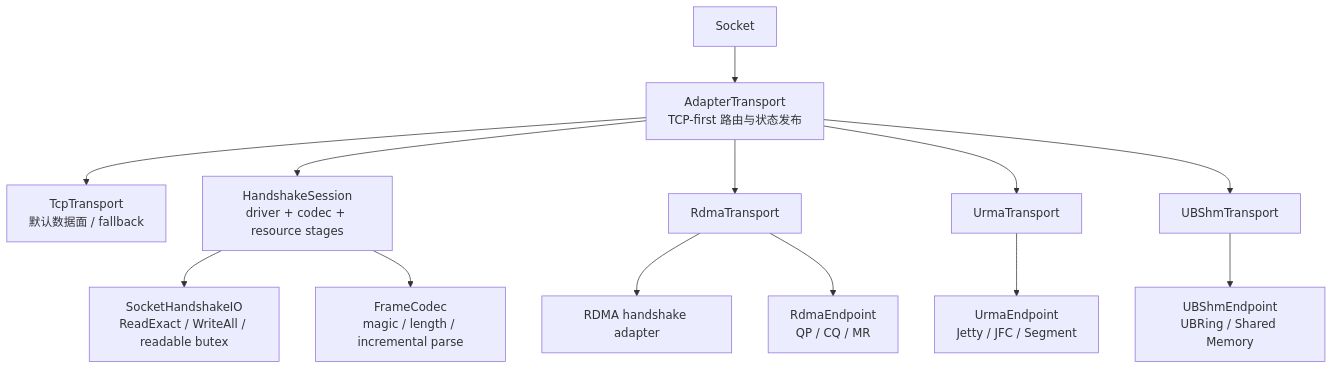
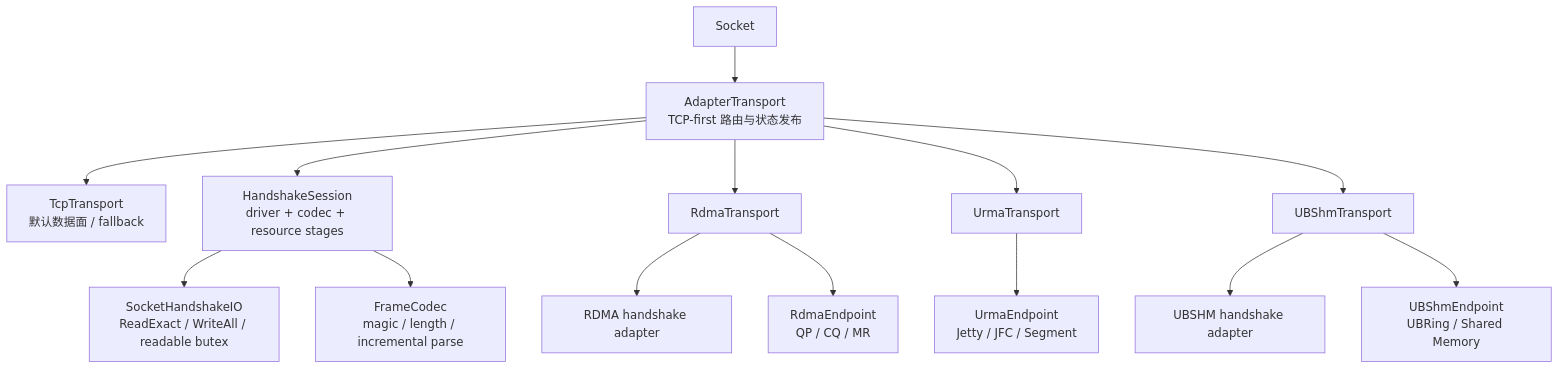
One commit to LinQuickDev/brpc changed the first of 5 diagrams in docs/cn/handshake_common_design.md. Above: the diagram before and after it, drawn with Mermaid. The commit also changed other lines of this file and 19 other files, not shown here.

Commit message:
Move UBSHM handshake into common adapter

````diff
--- a/docs/cn/handshake_common_design.md
+++ b/docs/cn/handshake_common_design.md
@@ -134,15 +135,16 @@
 ```mermaid
 flowchart TB
     S["Socket"] --> UT["AdapterTransport\nTCP-first 路由与状态发布"]
     UT --> TCP["TcpTransport\n默认数据面 / fallback"]
     UT --> HS["HandshakeSession\ndriver + codec + resource stages"]
     HS --> IO["SocketHandshakeIO\nReadExact / WriteAll / readable butex"]
     HS --> FC["FrameCodec\nmagic / length / incremental parse"]
     UT --> RT["RdmaTransport"]
     UT --> UTRA["UrmaTransport"]
     UT --> BT["UBShmTransport"]
     RT --> RA["RDMA handshake adapter"]
+    BT --> BA["UBSHM handshake adapter"]
     RT --> RE["RdmaEndpoint\nQP / CQ / MR"]
     UTRA --> UE["UrmaEndpoint\nJetty / JFC / Segment"]
     BT --> BE["UBShmEndpoint\nUBRing / Shared Memory"]
 ```
````
